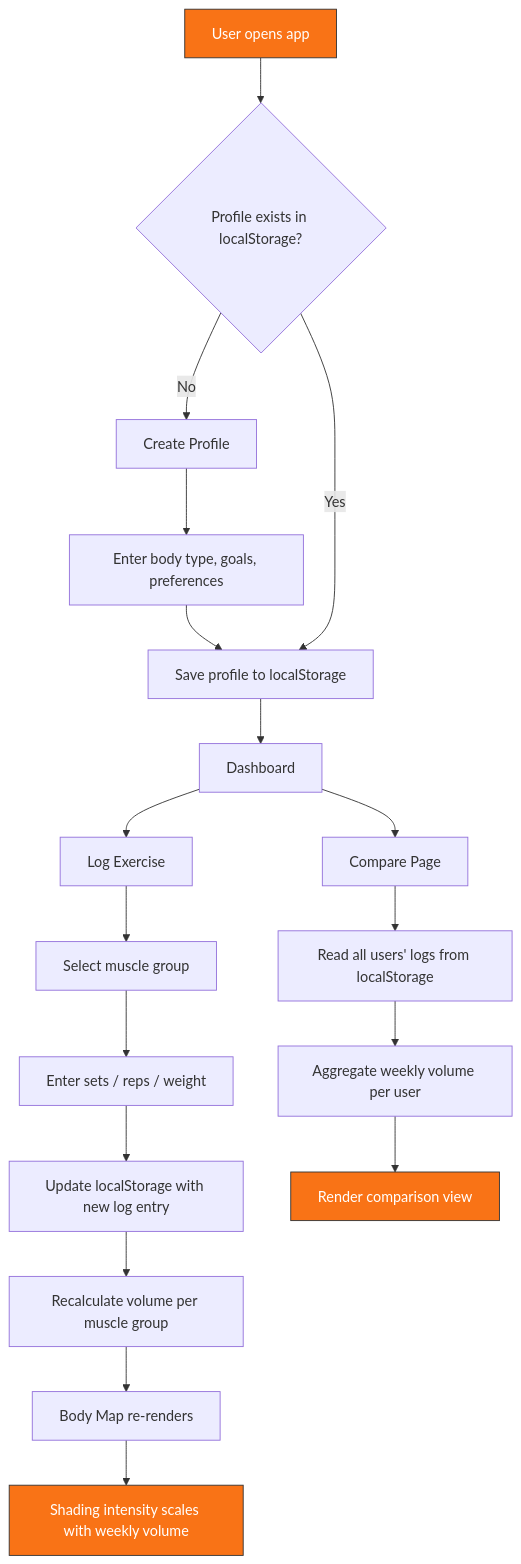
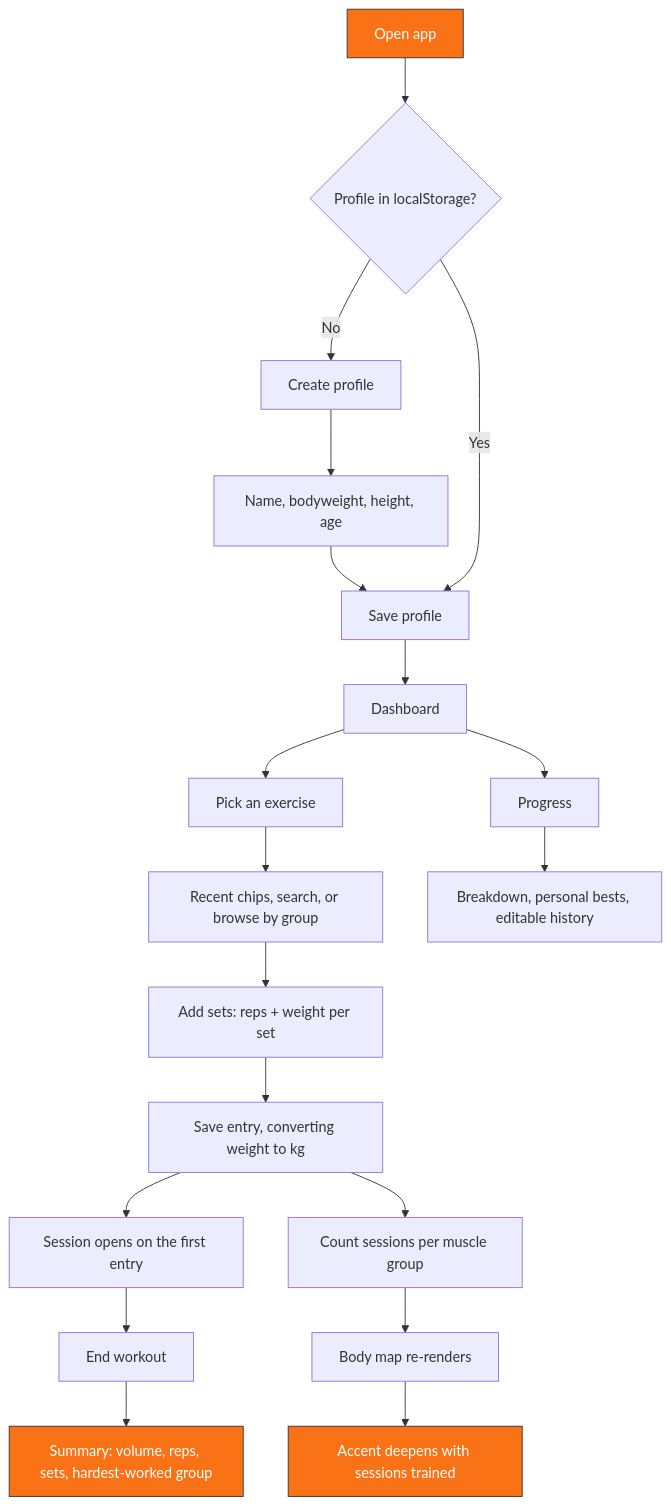
Before and after one commit to byjoelsamuel/workout-tracker: the diagram in README.md, drawn with Mermaid. The commit also changed other lines of this file and 16 other files, not shown here.

First line of the commit message:
Log workouts set by set, and split logging from progress

````diff
--- a/README.md
+++ b/README.md
@@ -51,27 +70,29 @@
 ```mermaid
 flowchart TD
-    A[User opens app] --> B{Profile exists in localStorage?}
-    B -- No --> C[Create Profile]
-    C --> C1[Enter body type, goals, preferences]
-    C1 --> D[Save profile to localStorage]
+    A[Open app] --> B{Profile in localStorage?}
+    B -- No --> C[Create profile]
+    C --> C1[Name, bodyweight, height, age]
+    C1 --> D[Save profile]
     B -- Yes --> D
 
     D --> E[Dashboard]
-    E --> F[Log Exercise]
-    F --> F1[Select muscle group]
-    F1 --> F2[Enter sets / reps / weight]
-    F2 --> G[Update localStorage with new log entry]
+    E --> F[Pick an exercise]
+    F --> F1[Recent chips, search, or browse by group]
+    F1 --> F2[Add sets: reps + weight per set]
+    F2 --> G[Save entry, converting weight to kg]
+    G --> G1[Session opens on the first entry]
 
-    G --> H[Recalculate volume per muscle group]
-    H --> I[Body Map re-renders]
-    I --> I1[Shading intensity scales with weekly volume]
+    G --> H[Count sessions per muscle group]
+    H --> I[Body map re-renders]
+    I --> I1[Accent deepens with sessions trained]
 
-    E --> J[Compare Page]
-    J --> J1[Read all users' logs from localStorage]
-    J1 --> J2[Aggregate weekly volume per user]
-    J2 --> K[Render comparison view]
+    G1 --> L[End workout]
+    L --> L1[Summary: volume, reps, sets, hardest-worked group]
+
+    E --> M[Progress]
+    M --> M1[Breakdown, personal bests, editable history]
 
     style A fill:#f97316,stroke:#333,color:#fff
     style I1 fill:#f97316,stroke:#333,color:#fff
-    style K fill:#f97316,stroke:#333,color:#fff
+    style L1 fill:#f97316,stroke:#333,color:#fff
 ```
````
